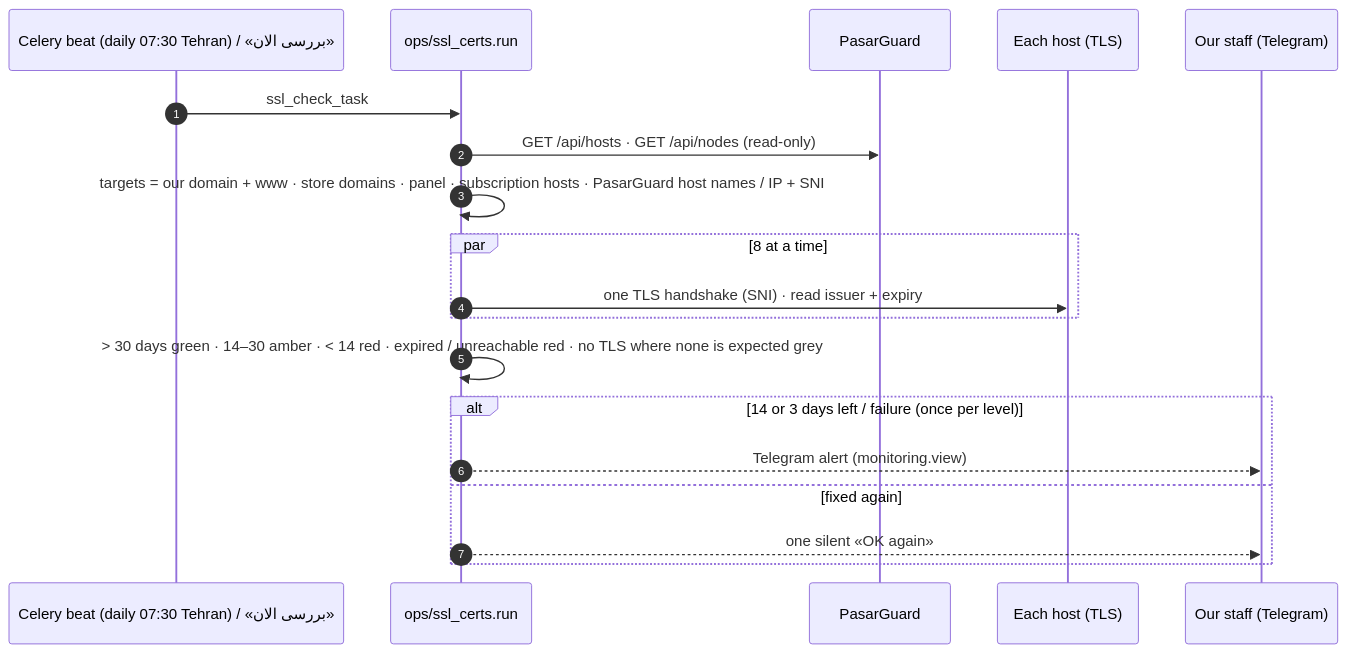
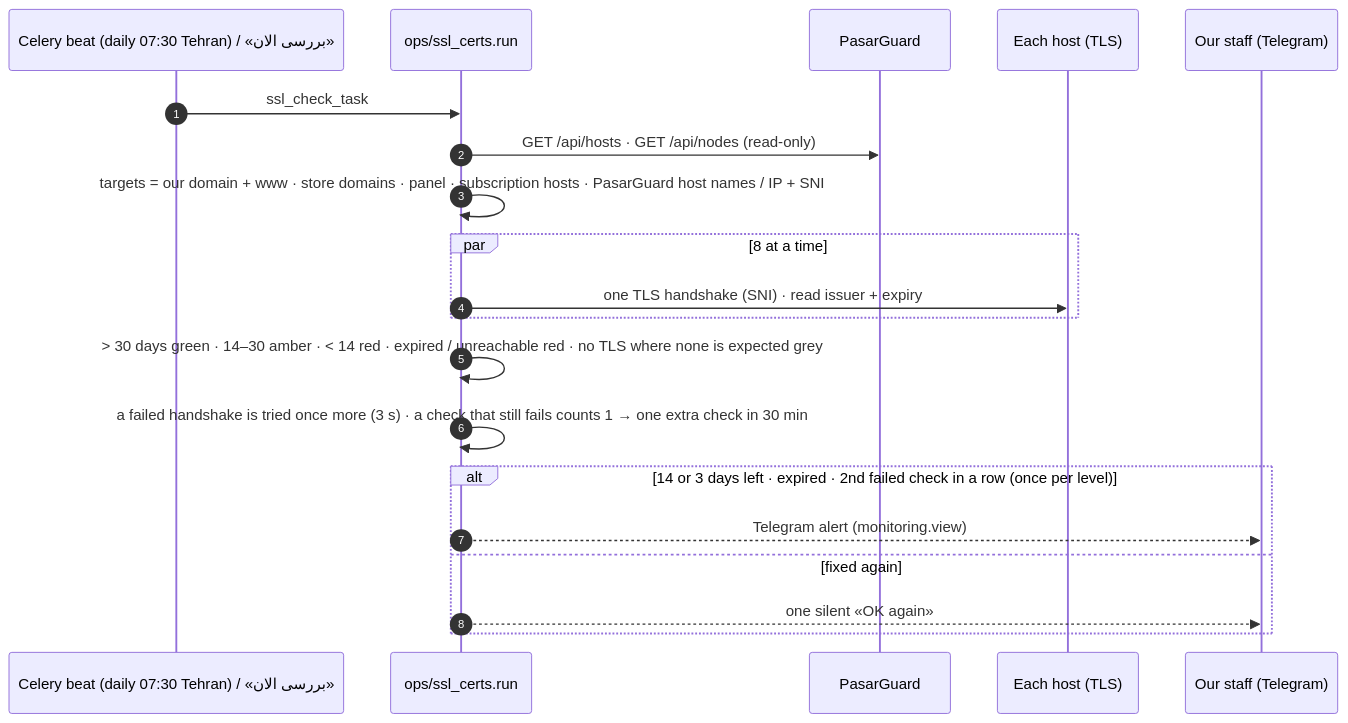
One commit to santiyagoburcart/caspintunel changed diagram 40 of 56 in docs/flows.md. Above: the diagram before and after it, drawn with Mermaid. The commit also changed 11 other files, not shown here.

First line of the commit message:
fix: v1.57.1 — SSL monitor ignores tunnel blips (one retry, alert after two failed checks)

````diff
--- a/docs/flows.md
+++ b/docs/flows.md
@@ -1289,21 +1289,22 @@
 ```mermaid
 sequenceDiagram
     autonumber
     participant B as Celery beat (daily 07:30 Tehran) / «بررسی الان»
     participant W as ops/ssl_certs.run
     participant PG as PasarGuard
     participant H as Each host (TLS)
     participant T as Our staff (Telegram)
     B->>W: ssl_check_task
     W->>PG: GET /api/hosts · GET /api/nodes (read-only)
     W->>W: targets = our domain + www · store domains · panel · subscription hosts · PasarGuard host names / IP + SNI
     par 8 at a time
         W->>H: one TLS handshake (SNI) · read issuer + expiry
     end
     W->>W: > 30 days green · 14–30 amber · < 14 red · expired / unreachable red · no TLS where none is expected grey
-    alt 14 or 3 days left / failure (once per level)
+    W->>W: a failed handshake is tried once more (3 s) · a check that still fails counts 1 → one extra check in 30 min
+    alt 14 or 3 days left · expired · 2nd failed check in a row (once per level)
         W-->>T: Telegram alert (monitoring.view)
     else fixed again
         W-->>T: one silent «OK again»
     end
 ```
````
